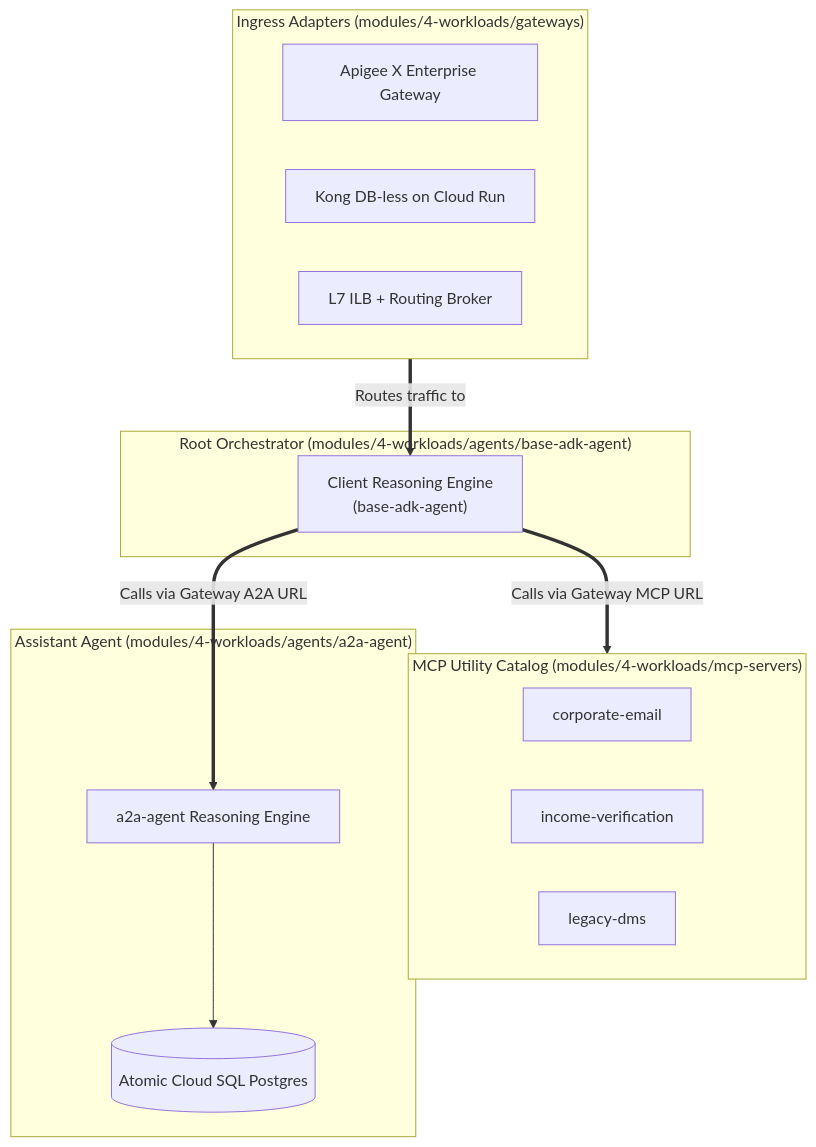
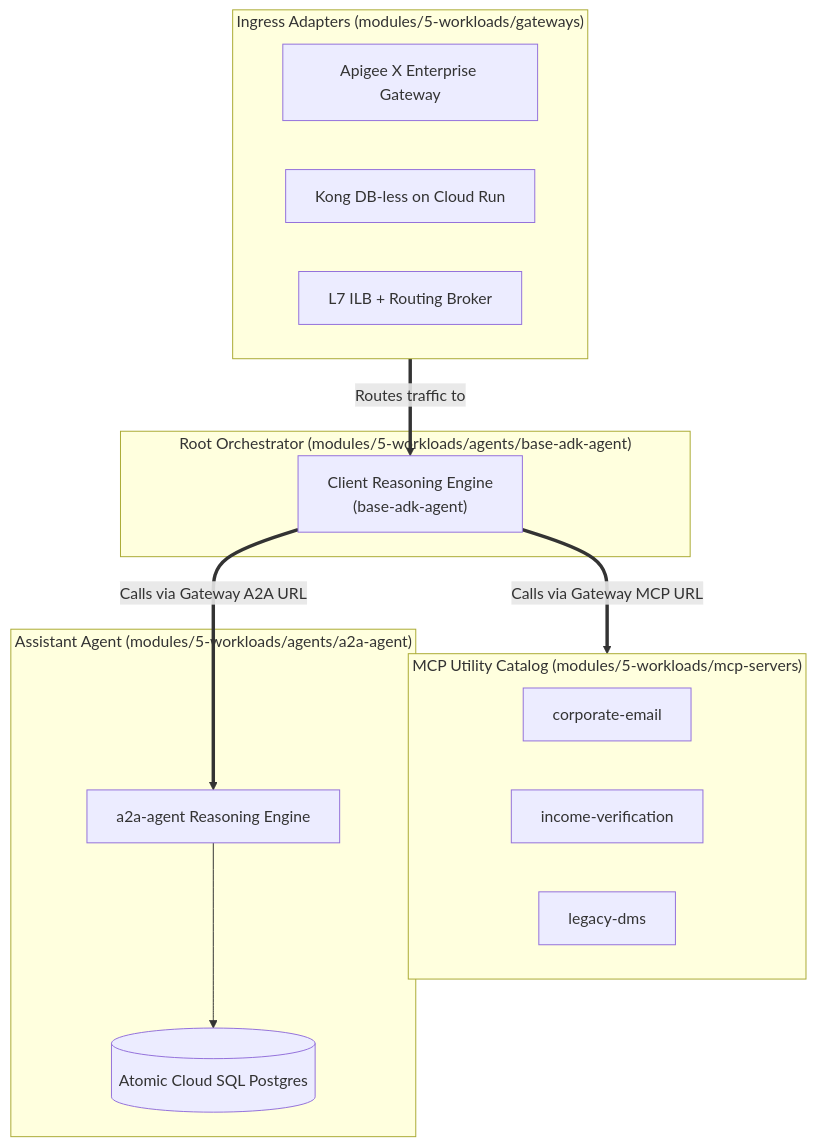
One commit to google/esmeralda changed the diagram in docs/2-workloads-and-catalog/README.md. Above: the diagram before and after it, drawn with Mermaid. The commit also changed other lines of this file and 171 other files, not shown here.

````diff
--- a/docs/2-workloads-and-catalog/README.md
+++ b/docs/2-workloads-and-catalog/README.md
@@ -37,28 +37,28 @@
 ```mermaid
 flowchart TB
-    subgraph Gateways["Ingress Adapters (modules/4-workloads/gateways)"]
+    subgraph Gateways["Ingress Adapters (modules/5-workloads/gateways)"]
         G1["Apigee X Enterprise Gateway"]
         G2["Kong DB-less on Cloud Run"]
         G3["L7 ILB + Routing Broker"]
     end
 
-    subgraph Orchestrator["Root Orchestrator (modules/4-workloads/agents/base-adk-agent)"]
+    subgraph Orchestrator["Root Orchestrator (modules/5-workloads/agents/base-adk-agent)"]
         Root["Client Reasoning Engine<br/>(base-adk-agent)"]
     end
 
-    subgraph MCPServers["MCP Utility Catalog (modules/4-workloads/mcp-servers)"]
+    subgraph MCPServers["MCP Utility Catalog (modules/5-workloads/mcp-servers)"]
         M1["corporate-email"]
         M2["income-verification"]
         M3["legacy-dms"]
     end
 
-    subgraph Downstream["Assistant Agent (modules/4-workloads/agents/a2a-agent)"]
+    subgraph Downstream["Assistant Agent (modules/5-workloads/agents/a2a-agent)"]
         A2A["a2a-agent Reasoning Engine"]
         DB[(Atomic Cloud SQL Postgres)]
         A2A --> DB
     end
 
     Gateways ==>|Routes traffic to| Root
     Root ==>|Calls via Gateway MCP URL| MCPServers
     Root ==>|Calls via Gateway A2A URL| A2A
 ```
````
